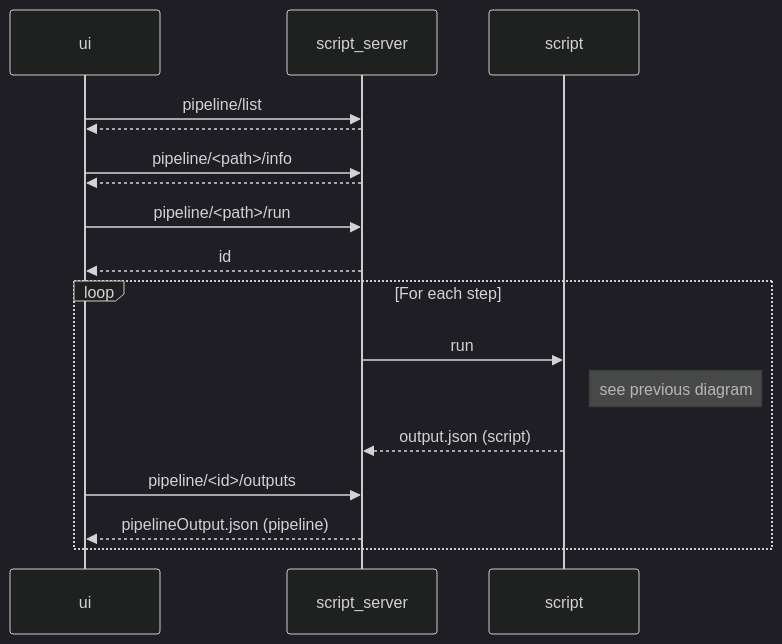
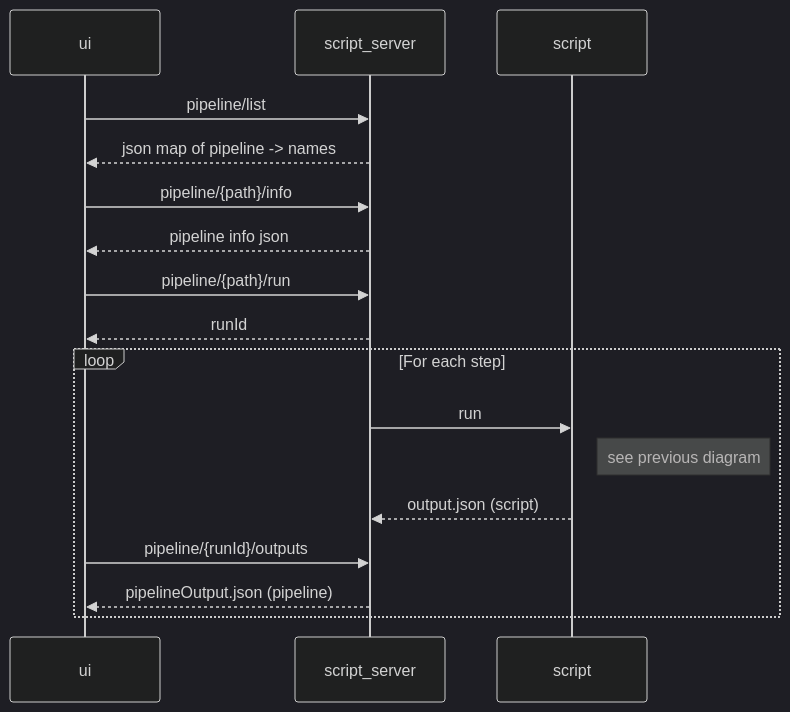
One commit to GEO-BON/bon-in-a-box-pipeline-engine changed the fourth of 4 diagrams in README-dev.md. Above: the diagram before and after it, drawn with Mermaid (dark theme). The commit also changed other lines of this file, not shown here.

````diff
--- a/README-dev.md
+++ b/README-dev.md
@@ -125,19 +140,19 @@
 ```mermaid
 sequenceDiagram
     ui->>script_server: pipeline/list
-    script_server-->>ui:
+    script_server-->>ui: json map of pipeline -> names
 
-    ui->>script_server: pipeline/<path>/info
-    script_server-->>ui:
+    ui->>script_server: pipeline/{path}/info
+    script_server-->>ui: pipeline info json
 
-    ui->>script_server: pipeline/<path>/run
-    script_server-->>ui: id
+    ui->>script_server: pipeline/{path}/run
+    script_server-->>ui: runId
     loop For each step
         script_server->>script: run
         Note right of script: see previous diagram
         script-->>script_server: output.json (script)
-        ui->>script_server: pipeline/<id>/outputs
+        ui->>script_server: pipeline/{runId}/outputs
         script_server-->>ui: pipelineOutput.json (pipeline)
     end
 
 ```
````
